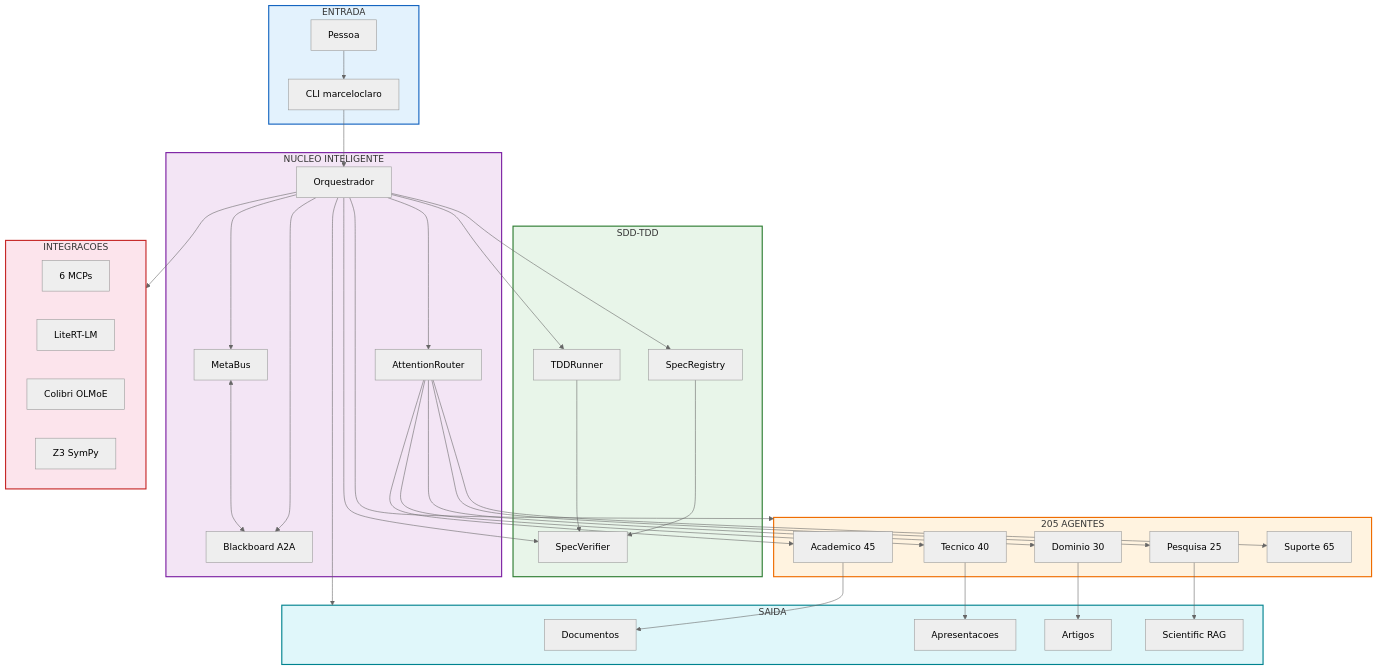
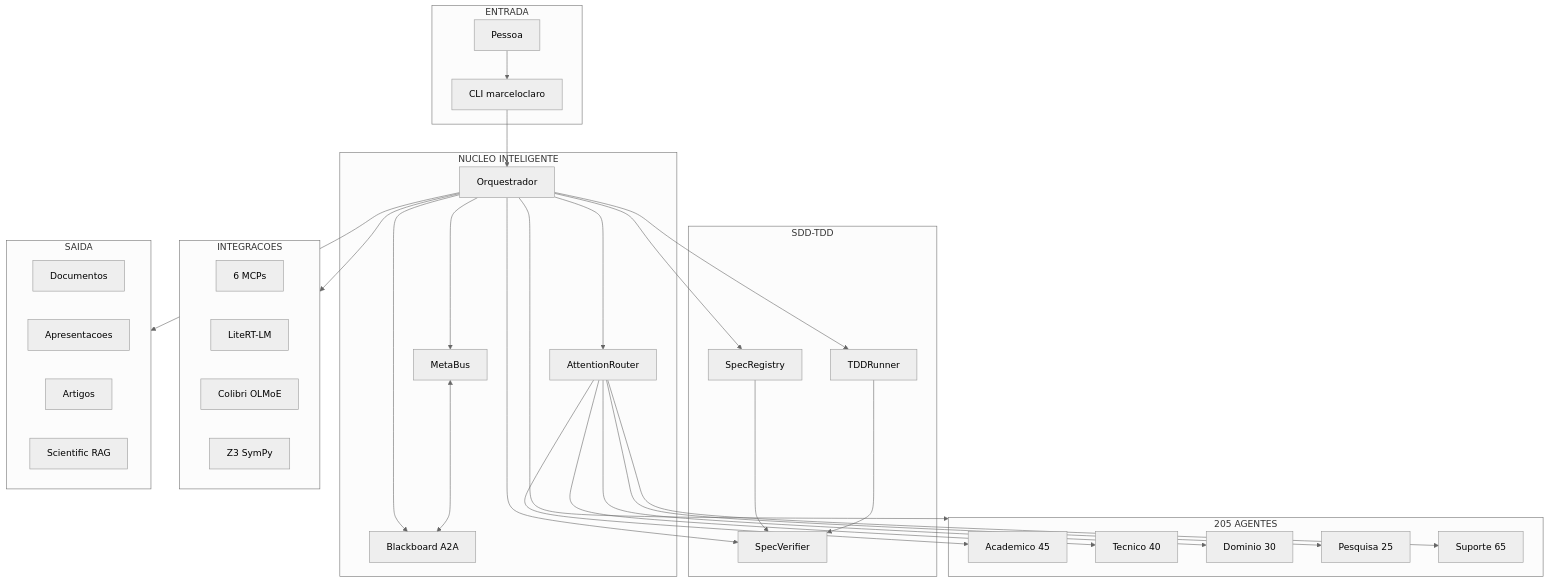
The second of 22 diagrams in README.md (MarceloClaro/opencode-ecosystem-core), drawn with Mermaid (neutral theme) before and after one commit. The commit also changed other lines of this file, not shown here.

First line of the commit message:
feat(docs): fix flowcharts, add themes, translate datasets to Portuguese

````diff
--- a/README.md
+++ b/README.md
@@ -193,76 +187,62 @@
 ```mermaid
 flowchart TB
-    subgraph ENTRADA ["ENTRADA"]
-        USER["Pessoa"]
-        CLI["CLI marceloclaro"]
+    subgraph E[ENTRADA]
+        USER[Pessoa]
+        CLI[CLI marceloclaro]
     end
 
-    subgraph NUCLEO ["NUCLEO INTELIGENTE"]
-        ORQ["Orquestrador"]
-        ATT["AttentionRouter"]
-        META["MetaBus"]
-        BB["Blackboard A2A"]
+    subgraph N[NUCLEO INTELIGENTE]
+        ORQ[Orquestrador]
+        ATT[AttentionRouter]
+        META[MetaBus]
+        BB[Blackboard A2A]
     end
 
-    subgraph SDDTDD ["SDD-TDD"]
-        SPEC["SpecRegistry"]
-        VER["SpecVerifier"]
-        TDD["TDDRunner"]
+    subgraph S[SDD-TDD]
+        SPEC[SpecRegistry]
+        VER[SpecVerifier]
+        TDD[TDDRunner]
     end
 
-    subgraph AGENTES ["205 AGENTES"]
-        ACAD["Academico 45"]
-        TECH["Tecnico 40"]
-        DOMAIN["Dominio 30"]
-        RESEARCH["Pesquisa 25"]
-        SUPPORT["Suporte 65"]
+    subgraph A[205 AGENTES]
+        ACAD[Academico 45]
+        TECH[Tecnico 40]
+        DOM[Dominio 30]
+        RES[Pesquisa 25]
+        SUP[Suporte 65]
     end
 
-    subgraph INTEGRACOES ["INTEGRACOES"]
-        MCP["6 MCPs"]
-        LITERT["LiteRT-LM"]
-        COLIBRI["Colibri OLMoE"]
-        Z3["Z3 SymPy"]
+    subgraph I[INTEGRACOES]
+        MCP[6 MCPs]
+        LIT[LiteRT-LM]
+        COL[Colibri OLMoE]
+        Z3[Z3 SymPy]
     end
 
-    subgraph SAIDA ["SAIDA"]
-        DOC["Documentos"]
-        PRES["Apresentacoes"]
-        PAPER["Artigos"]
-        RAG["Scientific RAG"]
+    subgraph O[SAIDA]
+        DOC[Documentos]
+        PRES[Apresentacoes]
+        PAPER[Artigos]
+        RAG[Scientific RAG]
     end
 
     USER --> CLI
     CLI --> ORQ
     ORQ --> ATT
     ORQ --> META
     ORQ --> BB
     ORQ --> SPEC
     ORQ --> VER
     ORQ --> TDD
-    ORQ --> AGENTES
-    ORQ --> INTEGRACOES
-    ORQ --> SAIDA
-
+    ORQ --> A
+    ORQ --> I
+    ORQ --> O
     META <--> BB
     SPEC --> VER
     TDD --> VER
-
     ATT --> ACAD
     ATT --> TECH
-    ATT --> DOMAIN
-    ATT --> RESEARCH
-    ATT --> SUPPORT
-
-    ACAD --> DOC
-    TECH --> PRES
-    DOMAIN --> PAPER
-    RESEARCH --> RAG
-
-    style ENTRADA fill:#e3f2fd,stroke:#1565c0,stroke-width:2px
-    style NUCLEO fill:#f3e5f5,stroke:#7b1fa2,stroke-width:2px
-    style SDDTDD fill:#e8f5e9,stroke:#2e7d32,stroke-width:2px
-    style AGENTES fill:#fff3e0,stroke:#ef6c00,stroke-width:2px
-    style INTEGRACOES fill:#fce4ec,stroke:#c62828,stroke-width:2px
-    style SAIDA fill:#e0f7fa,stroke:#00838f,stroke-width:2px
+    ATT --> DOM
+    ATT --> RES
+    ATT --> SUP
 ```
````
